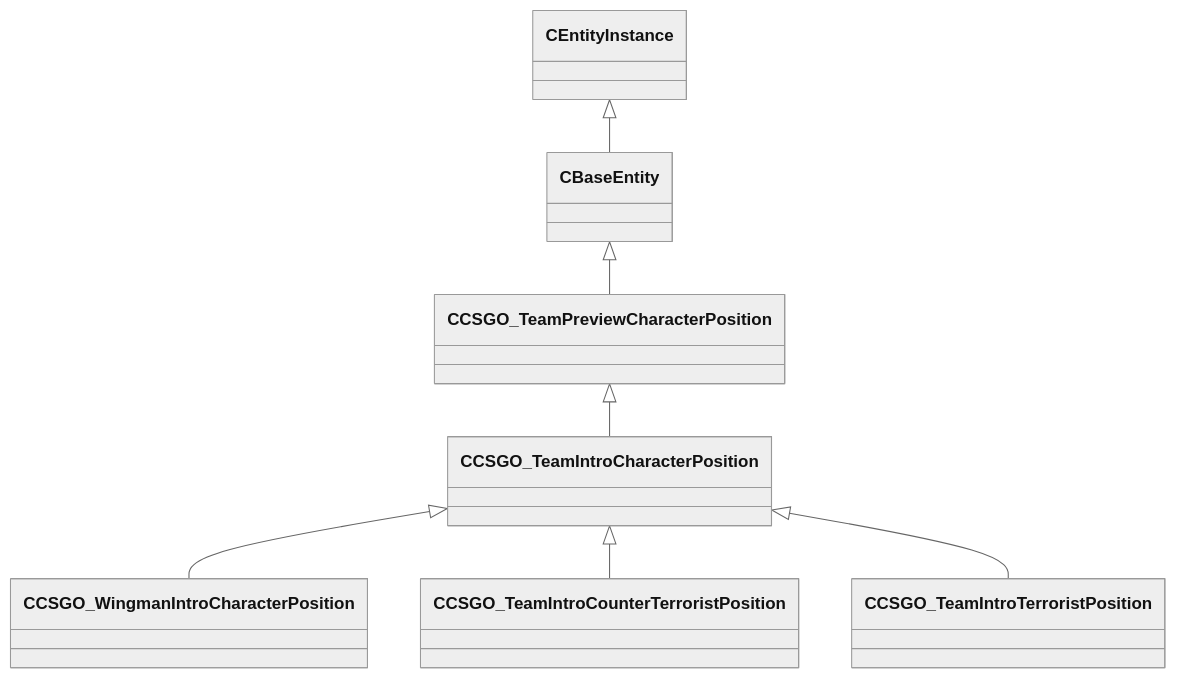
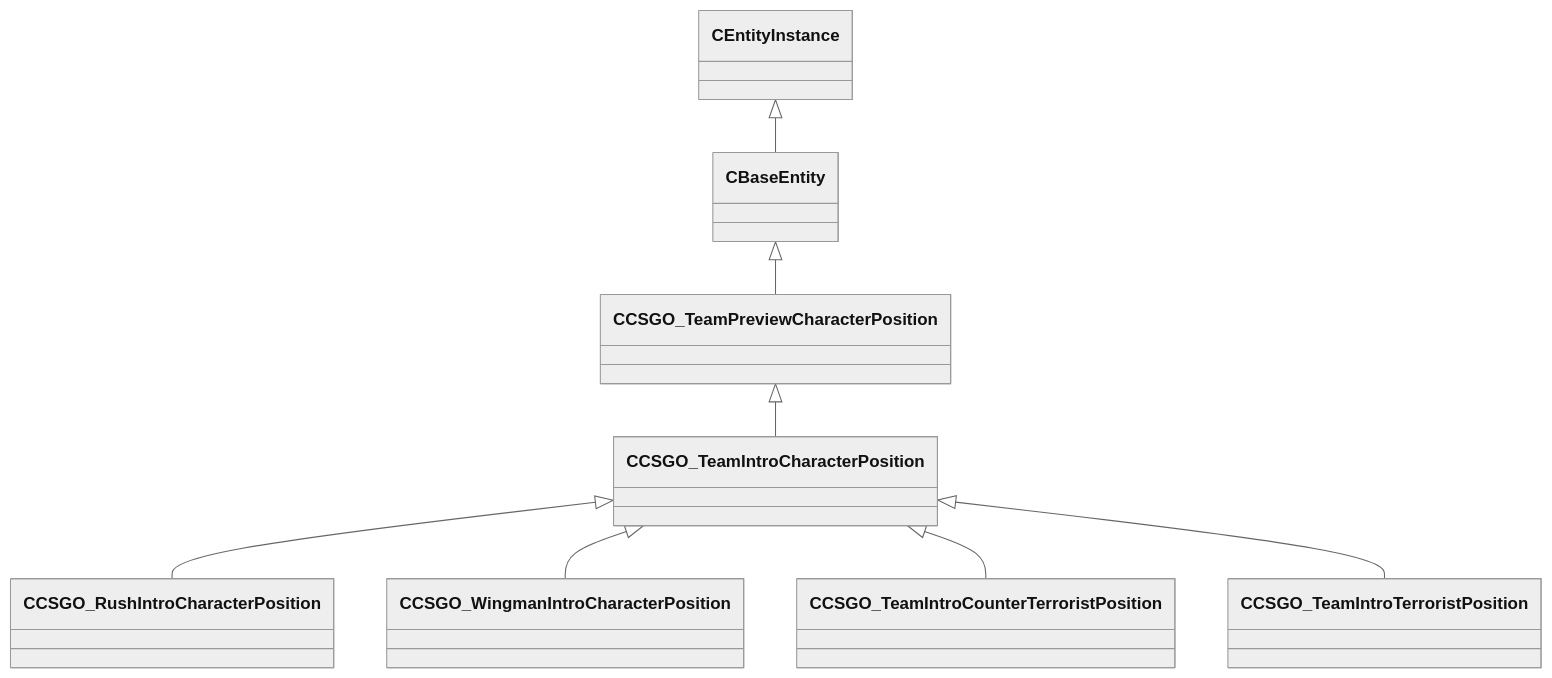
One commit to CS2OpenDev/CS2OpenDev-Docs changed the diagram in docs/generated/schemas/server/CCSGO_TeamIntroCharacterPosition.md. Above: the diagram before and after it, drawn with Mermaid (neutral theme). The commit also changed other lines of this file and 4654 other files, not shown here.

Commit message:
docs: regenerate for SchemaTracker build 25947352 [skip ci]

````diff
--- a/docs/generated/schemas/server/CCSGO_TeamIntroCharacterPosition.md
+++ b/docs/generated/schemas/server/CCSGO_TeamIntroCharacterPosition.md
@@ -21,9 +21,10 @@
 ```mermaid
 classDiagram
     CCSGO_TeamPreviewCharacterPosition <|-- CCSGO_TeamIntroCharacterPosition
     CBaseEntity <|-- CCSGO_TeamPreviewCharacterPosition
     CEntityInstance <|-- CBaseEntity
+    CCSGO_TeamIntroCharacterPosition <|-- CCSGO_RushIntroCharacterPosition
     CCSGO_TeamIntroCharacterPosition <|-- CCSGO_WingmanIntroCharacterPosition
     CCSGO_TeamIntroCharacterPosition <|-- CCSGO_TeamIntroCounterTerroristPosition
     CCSGO_TeamIntroCharacterPosition <|-- CCSGO_TeamIntroTerroristPosition
 ```
````
